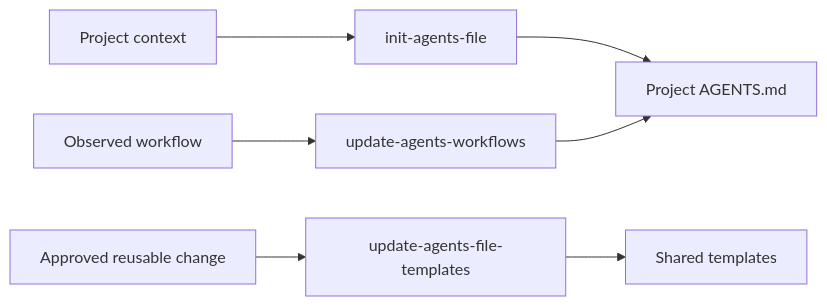
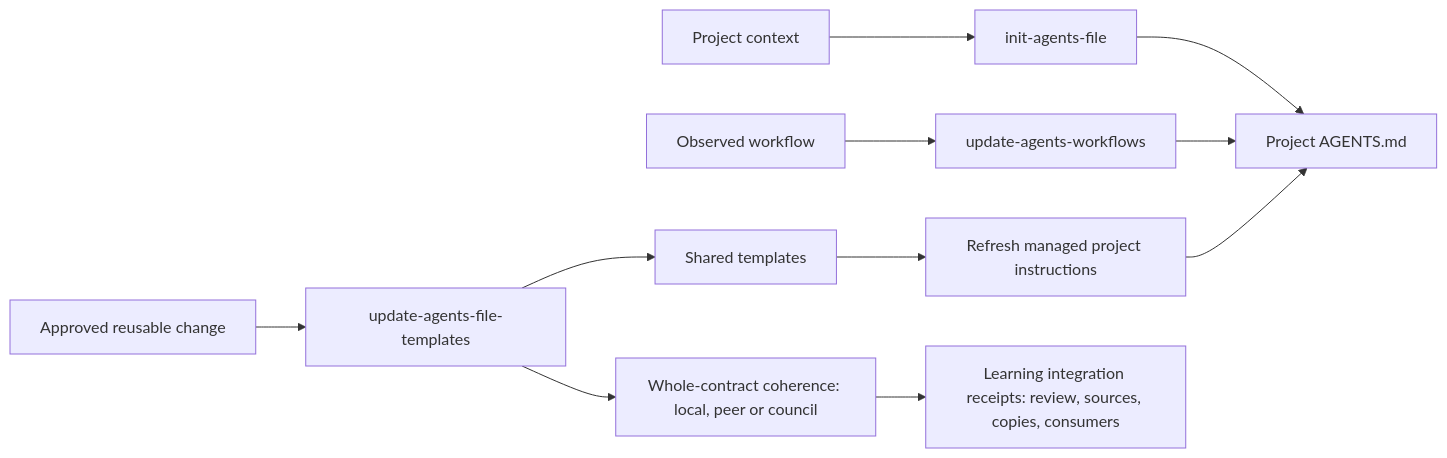
The fourth of 6 diagrams in README.md (marcomc/skills), drawn with Mermaid before and after one commit. The commit also changed other lines of this file and 15 other files, not shown here.

First line of the commit message:
feat: reconcile learning promotion skills and coherence contracts

````diff
--- a/README.md
+++ b/README.md
@@ -289,8 +292,11 @@
 ```mermaid
 flowchart LR
     accTitle: Agent instruction lifecycle
     accDescr: Project context initializes local instructions, observed workflows refine them, and reviewed reusable changes update shared templates.
     context["Project context"] --> init["init-agents-file"] --> agents["Project AGENTS.md"]
     observed["Observed workflow"] --> update["update-agents-workflows"] --> agents
     reviewed["Approved reusable change"] --> templates["update-agents-file-templates"] --> shared["Shared templates"]
+    shared --> refresh["Refresh managed project instructions"] --> agents
+    templates --> council["Whole-contract coherence: local, peer or council"]
+    council --> proof["Learning integration receipts: review, sources, copies, consumers"]
 ```
````
